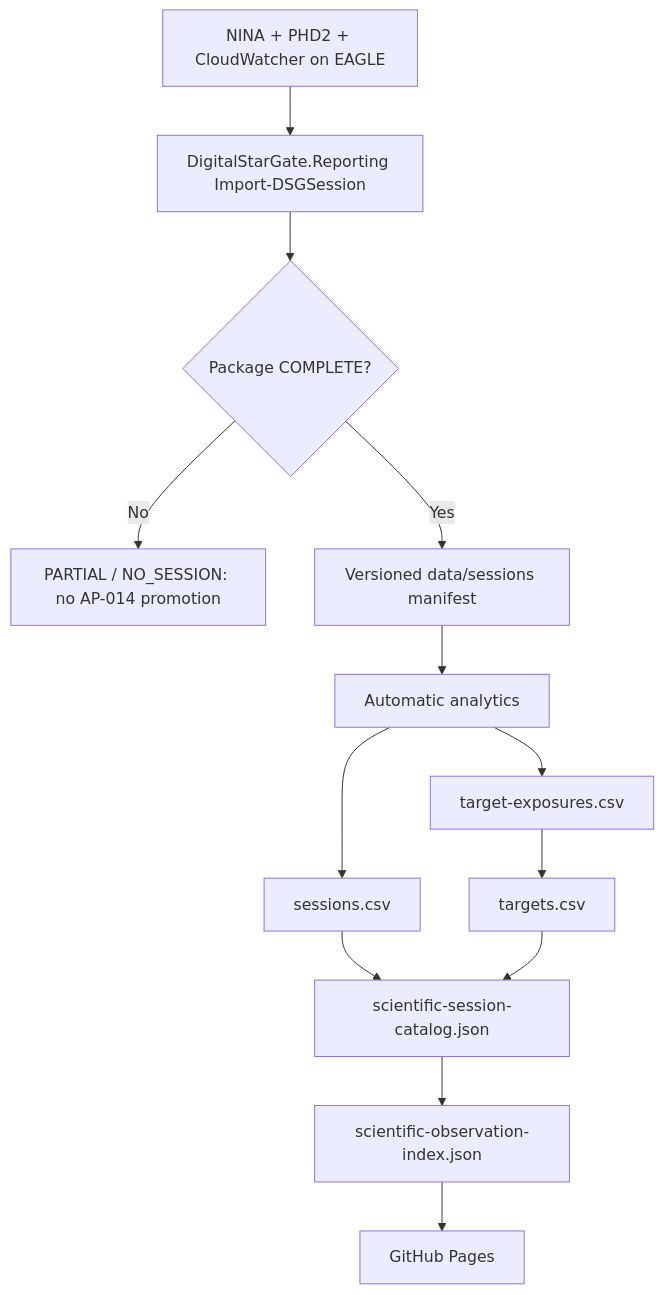
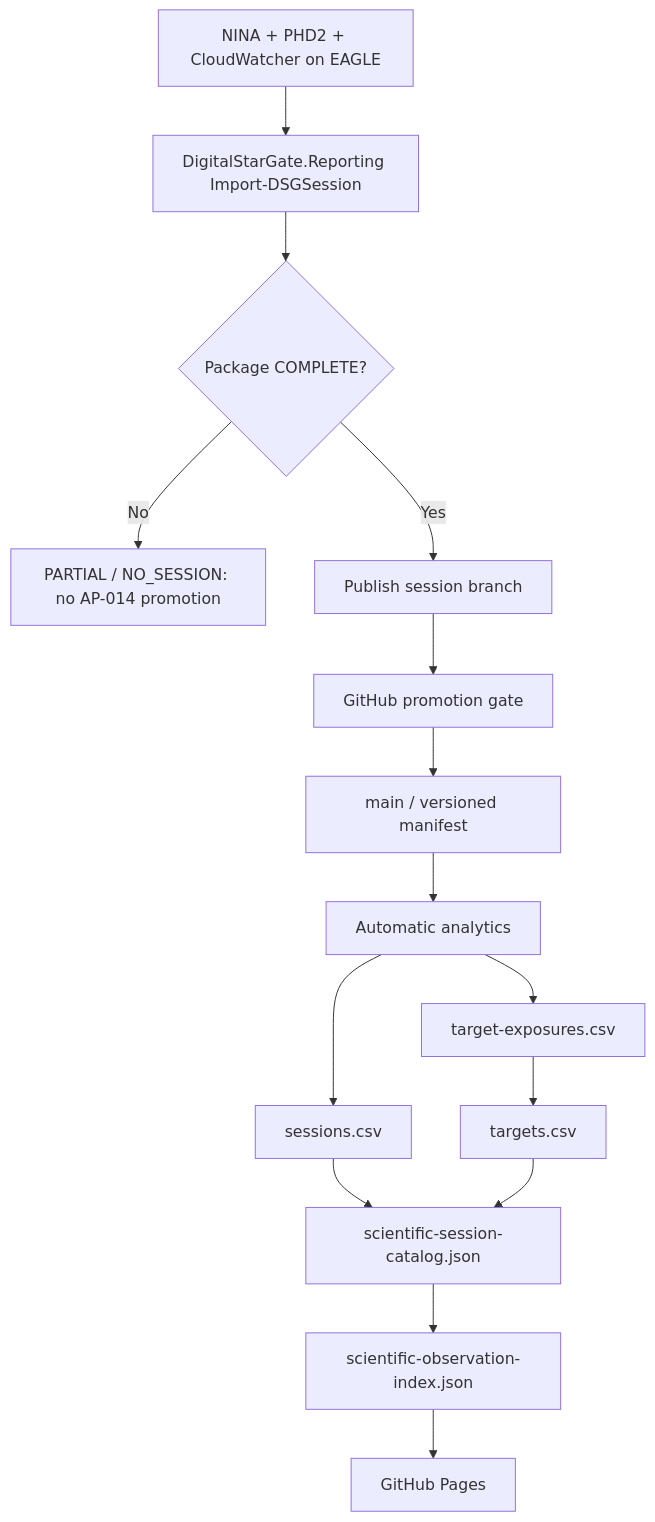
The diagram in docs/architecture/validation/AP14-W07-Session-Package-Portal-Automation.md (maininimassimo-bit/digital-stargate-manual), drawn with Mermaid before and after one commit. The commit also changed other lines of this file, not shown here.

Commit message:
docs(ap14): document governed session branch promotion

````diff
--- a/docs/architecture/validation/AP14-W07-Session-Package-Portal-Automation.md
+++ b/docs/architecture/validation/AP14-W07-Session-Package-Portal-Automation.md
@@ -19,15 +19,17 @@
 ```mermaid
 flowchart TD
     A[NINA + PHD2 + CloudWatcher on EAGLE] --> B[DigitalStarGate.Reporting Import-DSGSession]
     B --> C{Package COMPLETE?}
     C -- No --> D[PARTIAL / NO_SESSION: no AP-014 promotion]
-    C -- Yes --> E[Versioned data/sessions manifest]
-    E --> F[Automatic analytics]
-    F --> G[sessions.csv]
-    F --> H[target-exposures.csv]
-    H --> I[targets.csv]
-    G --> J[scientific-session-catalog.json]
-    I --> J
-    J --> K[scientific-observation-index.json]
-    K --> L[GitHub Pages]
+    C -- Yes --> E[Publish session branch]
+    E --> F[GitHub promotion gate]
+    F --> G[main / versioned manifest]
+    G --> H[Automatic analytics]
+    H --> I[sessions.csv]
+    H --> J[target-exposures.csv]
+    J --> K[targets.csv]
+    I --> L[scientific-session-catalog.json]
+    K --> L
+    L --> M[scientific-observation-index.json]
+    M --> N[GitHub Pages]
 ```
````
